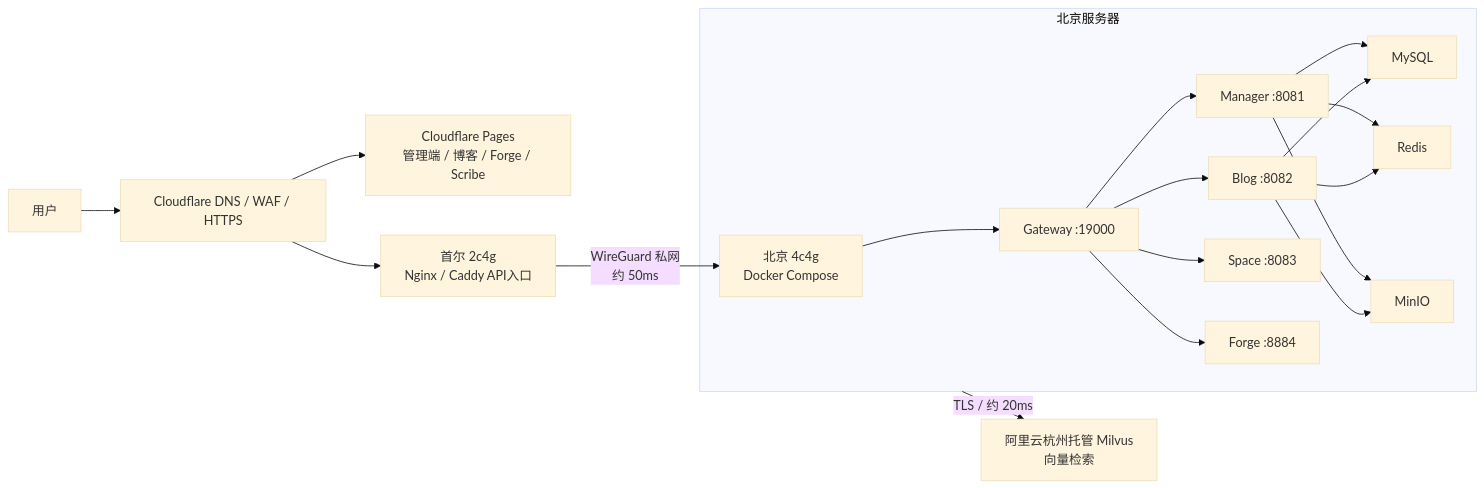
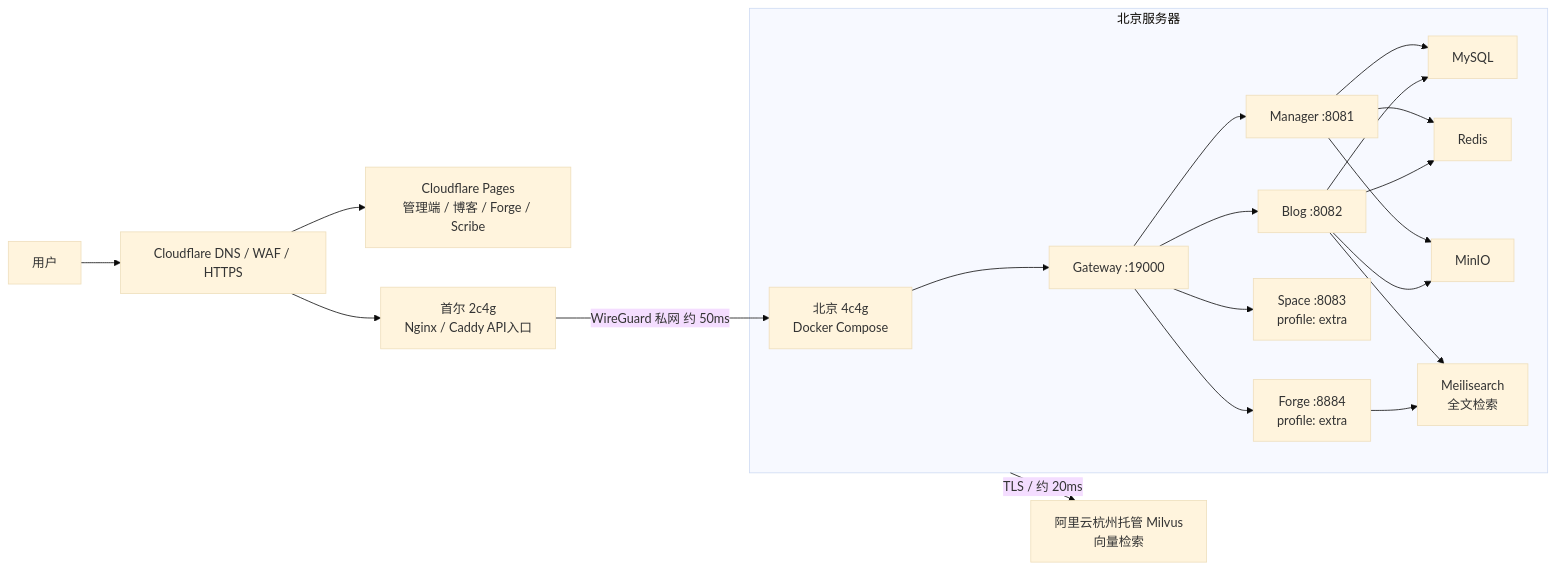
One commit to Martini-tran/nebula changed the diagram in docs/部署方式/当前部署架构.md. Above: the diagram before and after it, drawn with Mermaid (base theme). The commit also changed other lines of this file and 20 other files, not shown here.

````diff
--- a/docs/部署方式/当前部署架构.md
+++ b/docs/部署方式/当前部署架构.md
@@ -16,25 +25,27 @@
 ```mermaid
 flowchart LR
     User[用户] --> CF[Cloudflare DNS / WAF / HTTPS]
 
-    CF --> P1[Cloudflare Pages\n管理端 / 博客 / Forge / Scribe]
-    CF --> KR[首尔 2c4g\nNginx / Caddy API入口]
+    CF --> P1[Cloudflare Pages<br/>管理端 / 博客 / Forge / Scribe]
+    CF --> KR[首尔 2c4g<br/>Nginx / Caddy API入口]
 
-    KR -->|WireGuard 私网\n约 50ms| BJ[北京 4c4g\nDocker Compose]
+    KR -->|WireGuard 私网 约 50ms| BJ[北京 4c4g<br/>Docker Compose]
 
     subgraph Beijing[北京服务器]
         BJ --> GW[Gateway :19000]
         GW --> MGR[Manager :8081]
         GW --> BLOG[Blog :8082]
-        GW --> SPACE[Space :8083]
-        GW --> FORGE[Forge :8884]
+        GW --> SPACE[Space :8083<br/>profile: extra]
+        GW --> FORGE[Forge :8884<br/>profile: extra]
         MGR --> MYSQL[MySQL]
         MGR --> REDIS[Redis]
         MGR --> MINIO[MinIO]
         BLOG --> MYSQL
         BLOG --> REDIS
         BLOG --> MINIO
+        BLOG --> MEILI[Meilisearch<br/>全文检索]
+        FORGE --> MEILI
     end
 
-    Beijing -->|TLS / 约 20ms| HZ[阿里云杭州托管 Milvus\n向量检索]
+    Beijing -->|TLS / 约 20ms| HZ[阿里云杭州托管 Milvus<br/>向量检索]
 ```
````
